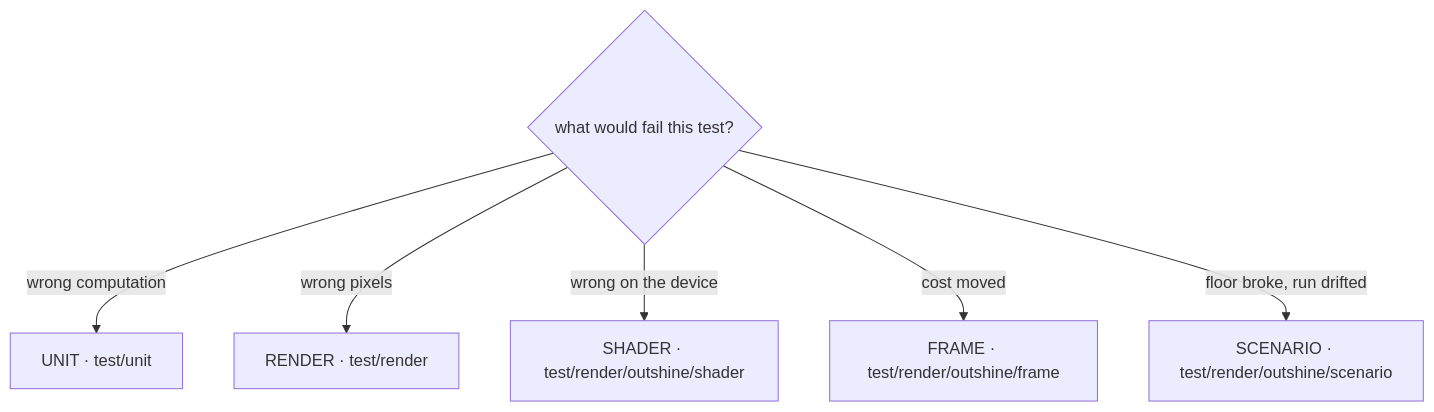
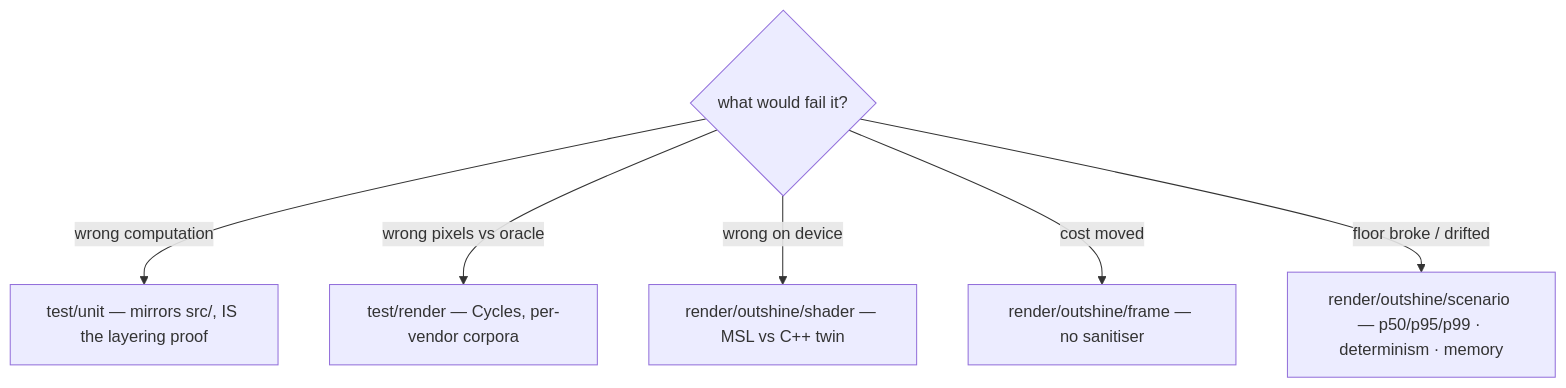
Before and after one commit to Weichwolf/outshine: the fifth of 6 diagrams in CLAUDE.md, drawn with Mermaid. The commit also changed other lines of this file, not shown here.

First line of the commit message:
CLAUDE.md rewritten: diagrams over prose, IST beside SOLL, 755 lines become 225

````diff
--- a/CLAUDE.md
+++ b/CLAUDE.md
@@ -485,9 +170,9 @@
 ```mermaid
 flowchart TD
-  q{"what would fail this test?"}
-  q -->|"wrong computation"| u["UNIT · test/unit"]
-  q -->|"wrong pixels"| r["RENDER · test/render"]
-  q -->|"wrong on the device"| s["SHADER · test/render/outshine/shader"]
-  q -->|"cost moved"| f["FRAME · test/render/outshine/frame"]
-  q -->|"floor broke, run drifted"| c["SCENARIO · test/render/outshine/scenario"]
+  q{"what would fail it?"}
+  q -->|wrong computation| u["test/unit — mirrors src/, IS the layering proof"]
+  q -->|wrong pixels vs oracle| r["test/render — Cycles, per-vendor corpora"]
+  q -->|wrong on device| s["render/outshine/shader — MSL vs C++ twin"]
+  q -->|cost moved| f["render/outshine/frame — no sanitiser"]
+  q -->|floor broke / drifted| c["render/outshine/scenario — p50/p95/p99 · determinism · memory"]
 ```
````
